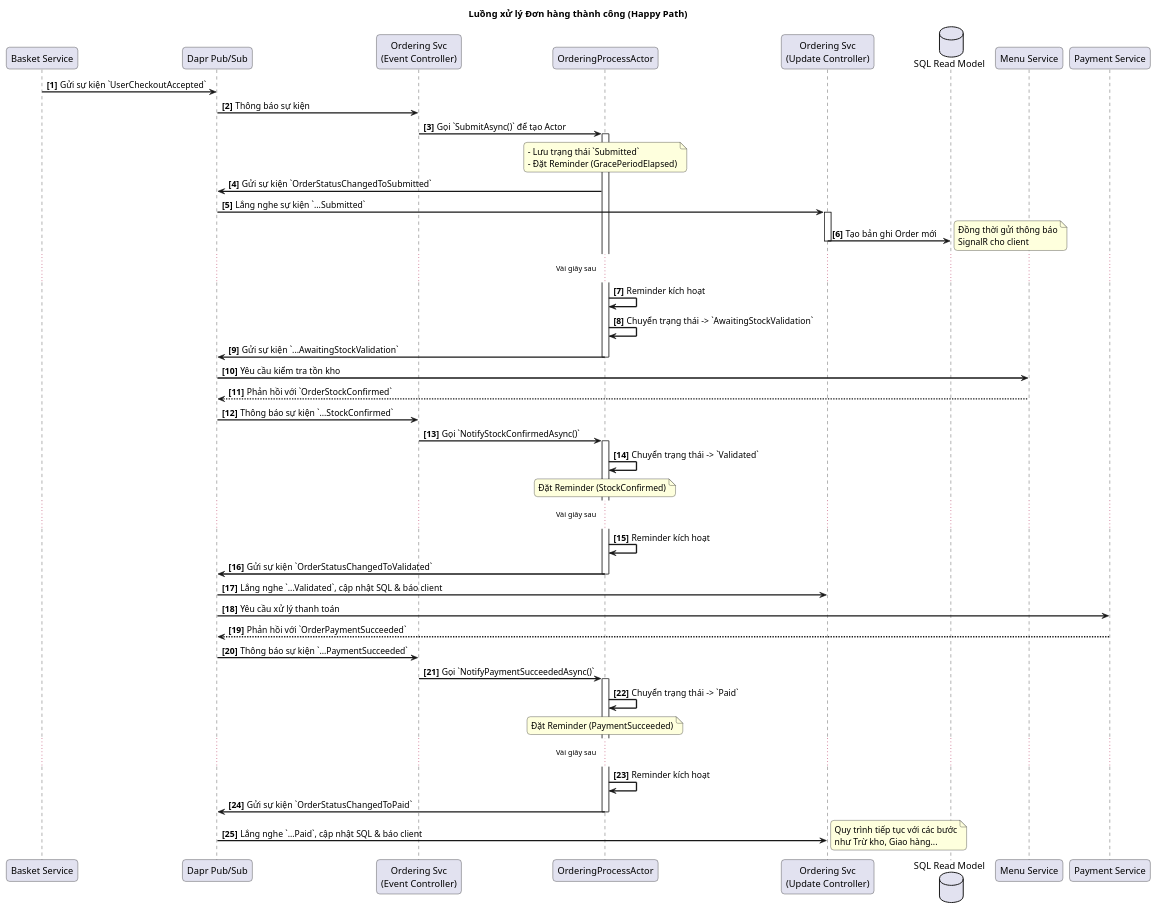
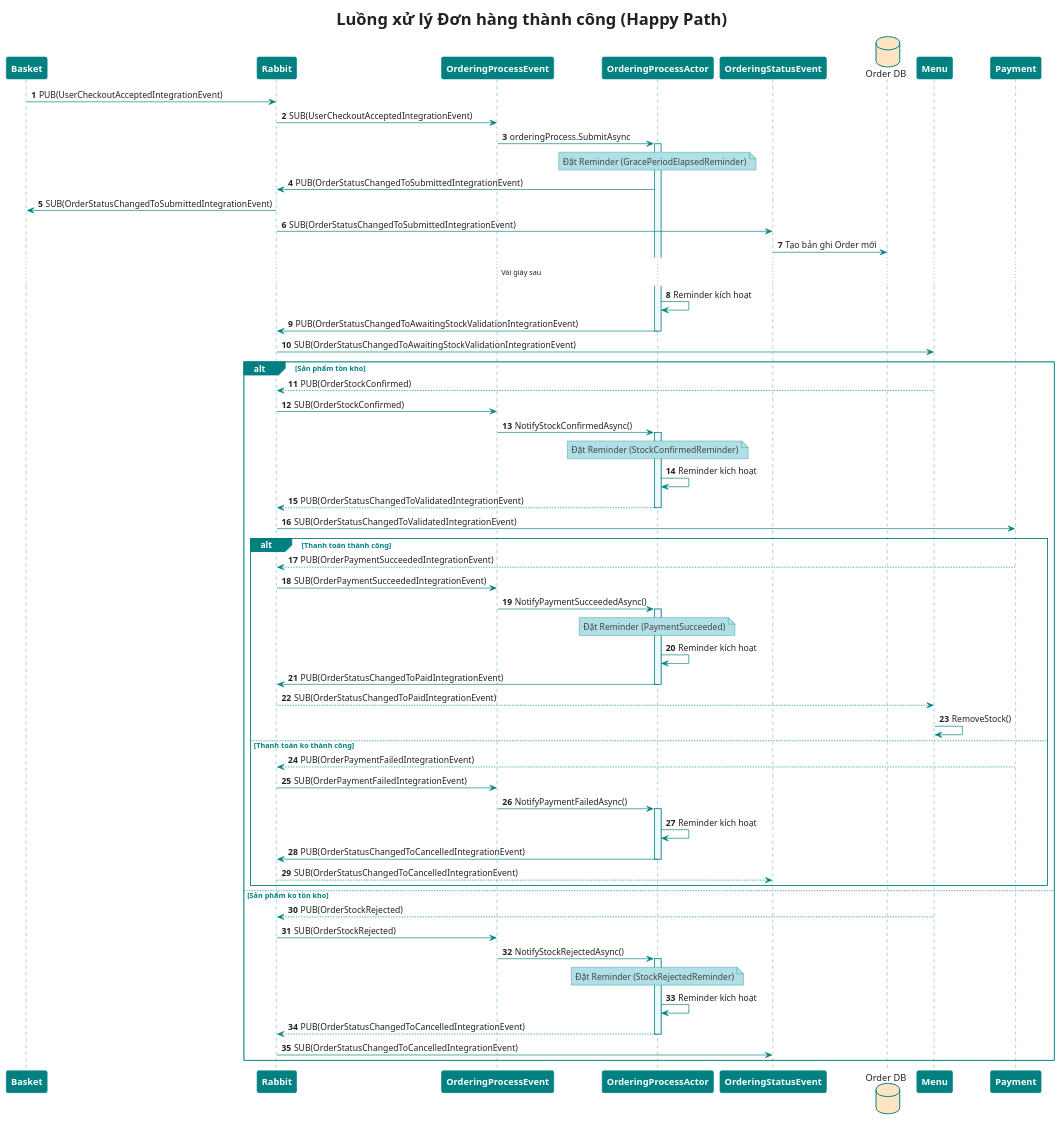
Before and after one commit to MinhTrinh04/Beef-Restaurant: the diagram in Backend/SEQ/Order/ResolvingOrder.puml, drawn with PlantUML. The commit also changed 9 other files, not shown here.

Commit message:
Refactor + fix seq diagram

```diff
--- a/Backend/SEQ/Order/ResolvingOrder.puml
+++ b/Backend/SEQ/Order/ResolvingOrder.puml
@@ -1,88 +1,113 @@
 @startuml
-' --- Style ---
-skinparam handwritten false
-skinparam sequenceArrowThickness 2
-skinparam roundcorner 10
-skinparam sequenceParticipant padding 15
-autonumber "<b>[0]"
+'https://plantuml.com/sequence-diagram
+skinparam shadowing false
+skinparam responseMessageBelowArrow false
+skinparam DefaultFontColor #222
+skinparam TitleFontSize 25
+skinparam NoteBorderColor #teal
+skinparam NoteBackgroundColor #powderblue
+skinparam NoteFontColor 444
+skinparam DatabaseBorderColor #teal
+skinparam DatabaseBackgroundColor #bisque
+skinparam sequence {
+ParticipantBorderThickness 1
+ParticipantBorderColor #teal
+ParticipantBackgroundColor #teal
+ParticipantFontColor #white
+ParticipantFontSize 14
+ParticipantFontStyle bold
+LifeLineBorderColor #teal
+LifeLineBackgroundColor #aliceblue
+ArrowColor #teal
+ActorBorderColor #teal
+GroupBorderThickness 1
+GroupBorderColor #teal
+GroupHeaderFontColor #white
+GroupBackgroundColor #teal
+GroupFontColor #teal
+ReferenceBorderThickness 1
+ReferenceBorderColor #teal
+ReferenceBackgroundColor #aliceblue
+ReferenceHeaderBackgroundColor #white
+ReferenceFontColor #teal
+}
+autonumber
 
 title Luồng xử lý Đơn hàng thành công (Happy Path)
 
-' --- Participants ---
-participant "Basket Service" as Basket
-participant "Dapr Pub/Sub" as PubSub
-participant "Ordering Svc\n(Event Controller)" as OrdEventCtrl
+participant "Basket" as Basket
+participant "Rabbit" as MQ
+participant "OrderingProcessEvent" as OPE
 participant "OrderingProcessActor" as Actor
-participant "Ordering Svc\n(Update Controller)" as OrdUpdateCtrl
-database "SQL Read Model" as SqlDB
-participant "Menu Service" as Menu
-participant "Payment Service" as Payment
+participant "OrderingStatusEvent" as OSE
+database "Order DB" as DB
+participant "Menu" as Menu
+participant "Payment" as Payment
 
-' === Giai đoạn 1: Khởi tạo Đơn hàng ===
-box "1. Order Submission" #LightBlue
-    Basket -> PubSub: Gửi sự kiện `UserCheckoutAccepted`
-    PubSub -> OrdEventCtrl: Thông báo sự kiện
-    OrdEventCtrl -> Actor: Gọi `SubmitAsync()` để tạo Actor
+    Basket -> MQ: PUB(UserCheckoutAcceptedIntegrationEvent)
+    MQ -> OPE: SUB(UserCheckoutAcceptedIntegrationEvent)
+    OPE -> Actor: orderingProcess.SubmitAsync
     activate Actor
-    note over Actor: - Lưu trạng thái `Submitted`\n- Đặt Reminder (GracePeriodElapsed)
-    Actor -> PubSub: Gửi sự kiện `OrderStatusChangedToSubmitted`
-end box
+    note over Actor: Đặt Reminder (GracePeriodElapsedReminder)
+    Actor -> MQ: PUB(OrderStatusChangedToSubmittedIntegrationEvent)
 
-' === Giai đoạn 1.1: Cập nhật Read Model ban đầu ===
-box "1.1. Initial Read Model Sync" #AliceBlue
-    PubSub -> OrdUpdateCtrl: Lắng nghe sự kiện `...Submitted`
-    activate OrdUpdateCtrl
-    OrdUpdateCtrl -> SqlDB: Tạo bản ghi Order mới
-    note right: Đồng thời gửi thông báo\nSignalR cho client
-    deactivate OrdUpdateCtrl
-end box
+    MQ -> Basket: SUB(OrderStatusChangedToSubmittedIntegrationEvent)
+    MQ -> OSE: SUB(OrderStatusChangedToSubmittedIntegrationEvent)
+    OSE -> DB: Tạo bản ghi Order mới
 
-' === Giai đoạn 2: Xác thực Kho ===
-box "2. Stock Validation" #LightGreen
     ... Vài giây sau ...
     Actor -> Actor: Reminder kích hoạt
-    Actor -> Actor: Chuyển trạng thái -> `AwaitingStockValidation`
-    Actor -> PubSub: Gửi sự kiện `...AwaitingStockValidation`
+    Actor -> MQ: PUB(OrderStatusChangedToAwaitingStockValidationIntegrationEvent)
     deactivate Actor
     
-    PubSub -> Menu: Yêu cầu kiểm tra tồn kho
-    Menu --> PubSub: Phản hồi với `OrderStockConfirmed`
-    
-    PubSub -> OrdEventCtrl: Thông báo sự kiện `...StockConfirmed`
-    OrdEventCtrl -> Actor: Gọi `NotifyStockConfirmedAsync()`
+    MQ -> Menu: SUB(OrderStatusChangedToAwaitingStockValidationIntegrationEvent)
+
+alt Sản phẩm tồn kho
+    Menu --> MQ: PUB(OrderStockConfirmed)
+    MQ -> OPE: SUB(OrderStockConfirmed)
+    OPE -> Actor: NotifyStockConfirmedAsync()
     activate Actor
-    Actor -> Actor: Chuyển trạng thái -> `Validated`
-    note over Actor: Đặt Reminder (StockConfirmed)
-end box
+    note over Actor: Đặt Reminder (StockConfirmedReminder)
+    Actor -> Actor: Reminder kích hoạt
+    Actor --> MQ: PUB(OrderStatusChangedToValidatedIntegrationEvent)
+    deactivate Actor
+    MQ -> Payment: SUB(OrderStatusChangedToValidatedIntegrationEvent)
 
-' === Giai đoạn 3: Xử lý Thanh toán ===
-box "3. Payment Processing" #LightYellow
-    ... Vài giây sau ...
+    alt Thanh toán thành công
+        Payment --> MQ: PUB(OrderPaymentSucceededIntegrationEvent)
+        MQ -> OPE: SUB(OrderPaymentSucceededIntegrationEvent)
+        OPE -> Actor: NotifyPaymentSucceededAsync()
+        activate Actor
+            note over Actor: Đặt Reminder (PaymentSucceeded)
+            Actor -> Actor: Reminder kích hoạt
+            Actor -> MQ: PUB(OrderStatusChangedToPaidIntegrationEvent)
+        deactivate Actor
+        MQ --> Menu: SUB(OrderStatusChangedToPaidIntegrationEvent)
+        Menu -> Menu: RemoveStock()
+
+
+    else Thanh toán ko thành công
+    Payment --> MQ: PUB(OrderPaymentFailedIntegrationEvent)
+    MQ-> OPE: SUB(OrderPaymentFailedIntegrationEvent)
+    OPE -> Actor: NotifyPaymentFailedAsync()
+    activate Actor
     Actor -> Actor: Reminder kích hoạt
-    Actor -> PubSub: Gửi sự kiện `OrderStatusChangedToValidated`
+    Actor -> MQ: PUB(OrderStatusChangedToCancelledIntegrationEvent)
     deactivate Actor
+    MQ--> OSE: SUB(OrderStatusChangedToCancelledIntegrationEvent)
 
-    PubSub -> OrdUpdateCtrl: Lắng nghe `...Validated`, cập nhật SQL & báo client
-    
-    PubSub -> Payment: Yêu cầu xử lý thanh toán
-    Payment --> PubSub: Phản hồi với `OrderPaymentSucceeded`
-    
-    PubSub -> OrdEventCtrl: Thông báo sự kiện `...PaymentSucceeded`
-    OrdEventCtrl -> Actor: Gọi `NotifyPaymentSucceededAsync()`
+    end
+
+else Sản phẩm ko tồn kho
+    Menu --> MQ: PUB(OrderStockRejected)
+    MQ -> OPE: SUB(OrderStockRejected)
+    OPE -> Actor: NotifyStockRejectedAsync()
     activate Actor
-    Actor -> Actor: Chuyển trạng thái -> `Paid`
-    note over Actor: Đặt Reminder (PaymentSucceeded)
-end box
-
-' === Giai đoạn 4: Hoàn tất ===
-box "4. Finalization" #LightCoral
-    ... Vài giây sau ...
+    note over Actor: Đặt Reminder (StockRejectedReminder)
     Actor -> Actor: Reminder kích hoạt
-    Actor -> PubSub: Gửi sự kiện `OrderStatusChangedToPaid`
+    Actor --> MQ: PUB(OrderStatusChangedToCancelledIntegrationEvent)
     deactivate Actor
-    
-    PubSub -> OrdUpdateCtrl: Lắng nghe `...Paid`, cập nhật SQL & báo client
-    note right: Quy trình tiếp tục với các bước\nnhư Trừ kho, Giao hàng...
-end box
+    MQ-> OSE: SUB(OrderStatusChangedToCancelledIntegrationEvent)
+end
 
 @enduml
```
